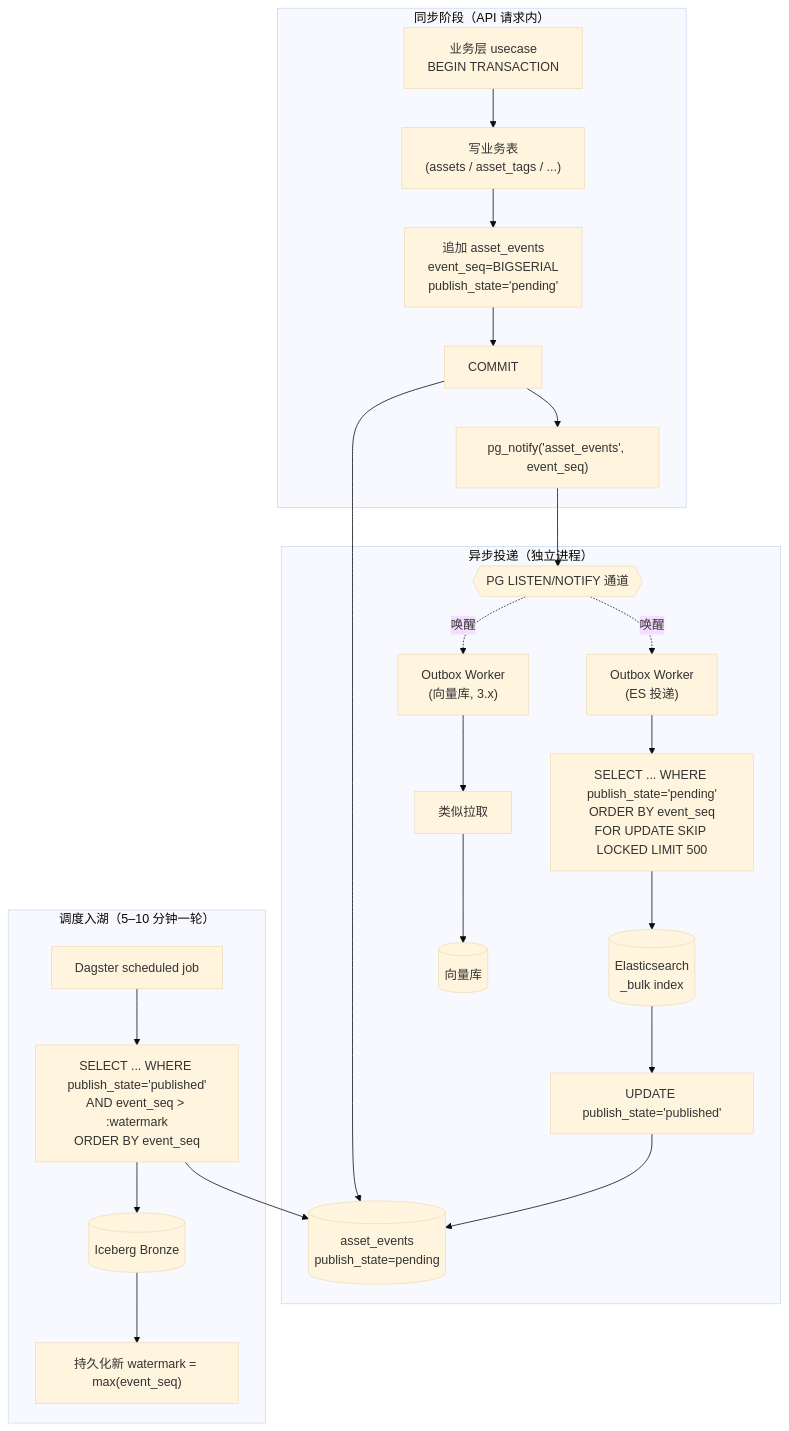
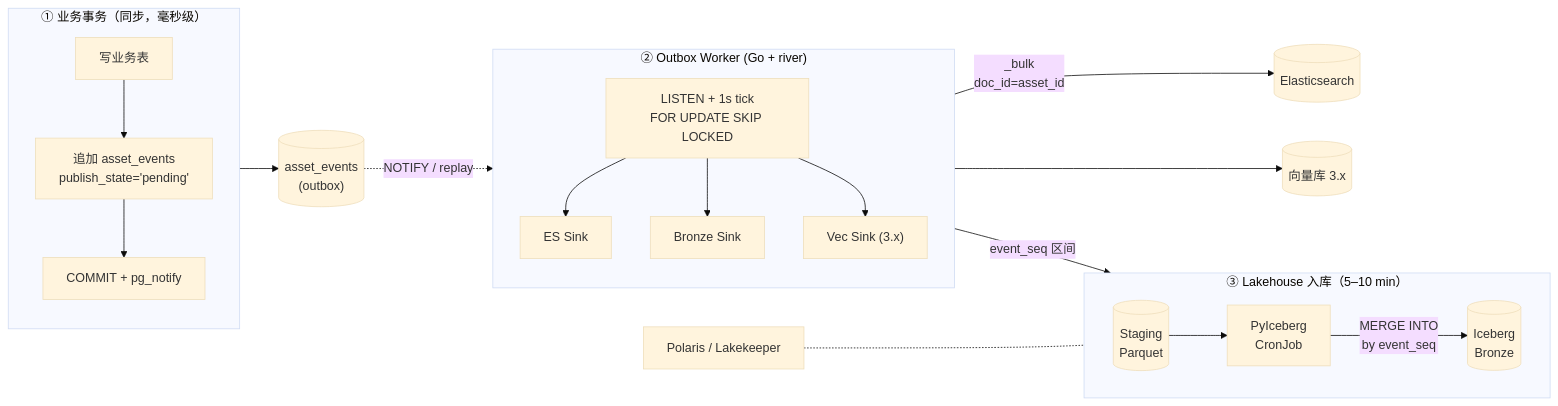
Before and after one commit to rouse2617/Databricks4robot: the seventh of 9 diagrams in docs/review/data-platform-design.md, drawn with Mermaid (base theme). The commit also changed other lines of this file and 3 other files, not shown here.

First line of the commit message:
docs(review): switch to river/PyIceberg/Polaris stack, add capacity & UUIDv7 plan, compact diagrams

````diff
--- a/docs/review/data-platform-design.md
+++ b/docs/review/data-platform-design.md
@@ -779,33 +763,33 @@
 ```mermaid
-flowchart TD
-    subgraph Sync["同步阶段（API 请求内）"]
-        UC["业务层 usecase<br/>BEGIN TRANSACTION"]
-        UC --> WT["写业务表<br/>(assets / asset_tags / ...)"]
-        WT --> WE["追加 asset_events<br/>event_seq=BIGSERIAL<br/>publish_state='pending'"]
-        WE --> CM["COMMIT"]
-        CM --> NF["pg_notify('asset_events', event_seq)"]
+flowchart LR
+    subgraph TX["① 业务事务（同步，毫秒级）"]
+        direction TB
+        WT["写业务表"] --> WE["追加 asset_events<br/>publish_state='pending'"] --> CM["COMMIT + pg_notify"]
     end
 
-    NF --> Channel{{"PG LISTEN/NOTIFY 通道"}}
-    CM --> Pending[("asset_events<br/>publish_state=pending")]
+    PG[("asset_events<br/>(outbox)")]
+    CM --> PG
 
-    subgraph Async["异步投递（独立进程）"]
-        Channel -.唤醒.-> WorkerES["Outbox Worker<br/>(ES 投递)"]
-        Channel -.唤醒.-> WorkerVec["Outbox Worker<br/>(向量库, 3.x)"]
-
-        WorkerES --> Pull["SELECT ... WHERE publish_state='pending'<br/>ORDER BY event_seq<br/>FOR UPDATE SKIP LOCKED LIMIT 500"]
-        Pull --> ES[("Elasticsearch<br/>_bulk index")]
-        ES --> Mark["UPDATE publish_state='published'"]
-        Mark --> Pending
-
-        WorkerVec --> VecPull["类似拉取"]
-        VecPull --> VEC[("向量库")]
+    subgraph WK["② Outbox Worker (Go + river)"]
+        direction TB
+        Loop["LISTEN + 1s tick<br/>FOR UPDATE SKIP LOCKED"]
+        Loop --> SES["ES Sink"]
+        Loop --> SLK["Bronze Sink"]
+        Loop --> SV["Vec Sink (3.x)"]
     end
 
-    subgraph Schedule["调度入湖（5–10 分钟一轮）"]
-        Cron["Dagster scheduled job"] --> ReadHi["SELECT ... WHERE publish_state='published'<br/>AND event_seq > :watermark<br/>ORDER BY event_seq"]
-        ReadHi --> Pending
-        ReadHi --> Bronze[("Iceberg Bronze")]
-        Bronze --> NewWM["持久化新 watermark = max(event_seq)"]
+    PG -. NOTIFY / replay .-> Loop
+
+    ES[("Elasticsearch")]
+    Staging[("Staging<br/>Parquet")]
+    Vec[("向量库 3.x")]
+    SES -- "_bulk<br/>doc_id=asset_id" --> ES
+    SLK -- "event_seq 区间" --> Staging
+    SV --> Vec
+
+    subgraph Lake["③ Lakehouse 入库（5–10 min）"]
+        direction LR
+        Staging --> Cron["PyIceberg<br/>CronJob"] -- "MERGE INTO<br/>by event_seq" --> Bronze[("Iceberg<br/>Bronze")]
     end
+    Catalog["Polaris / Lakekeeper"] -.- Bronze
 ```
````
